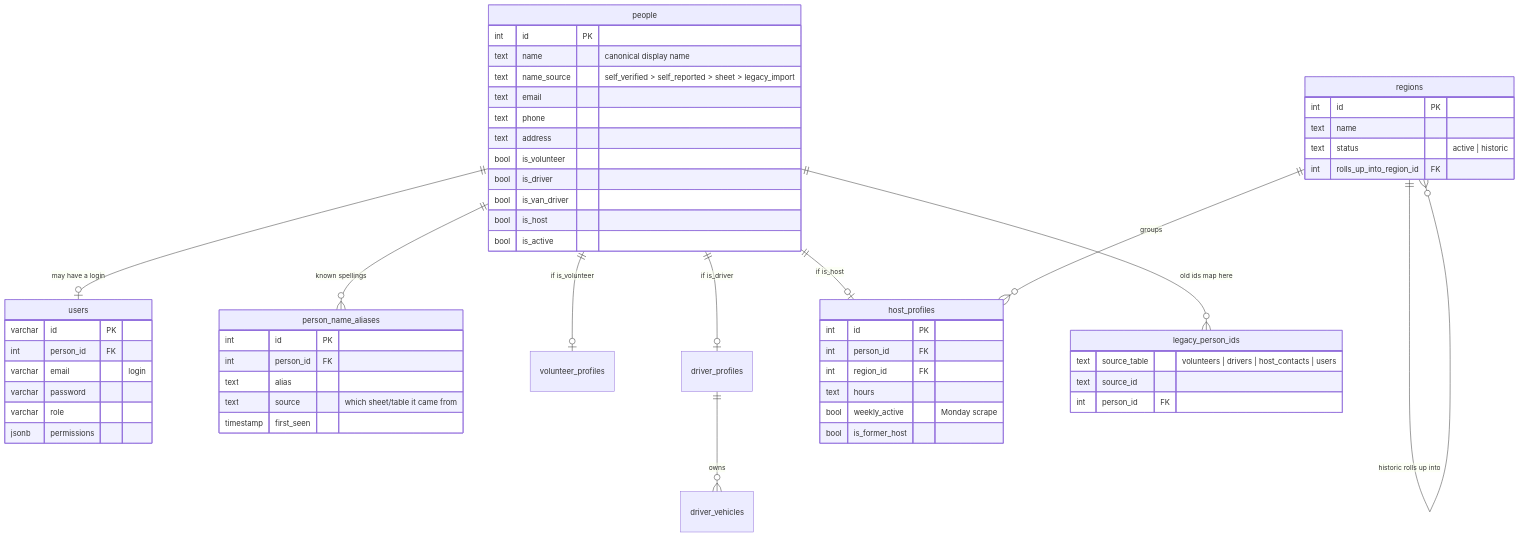
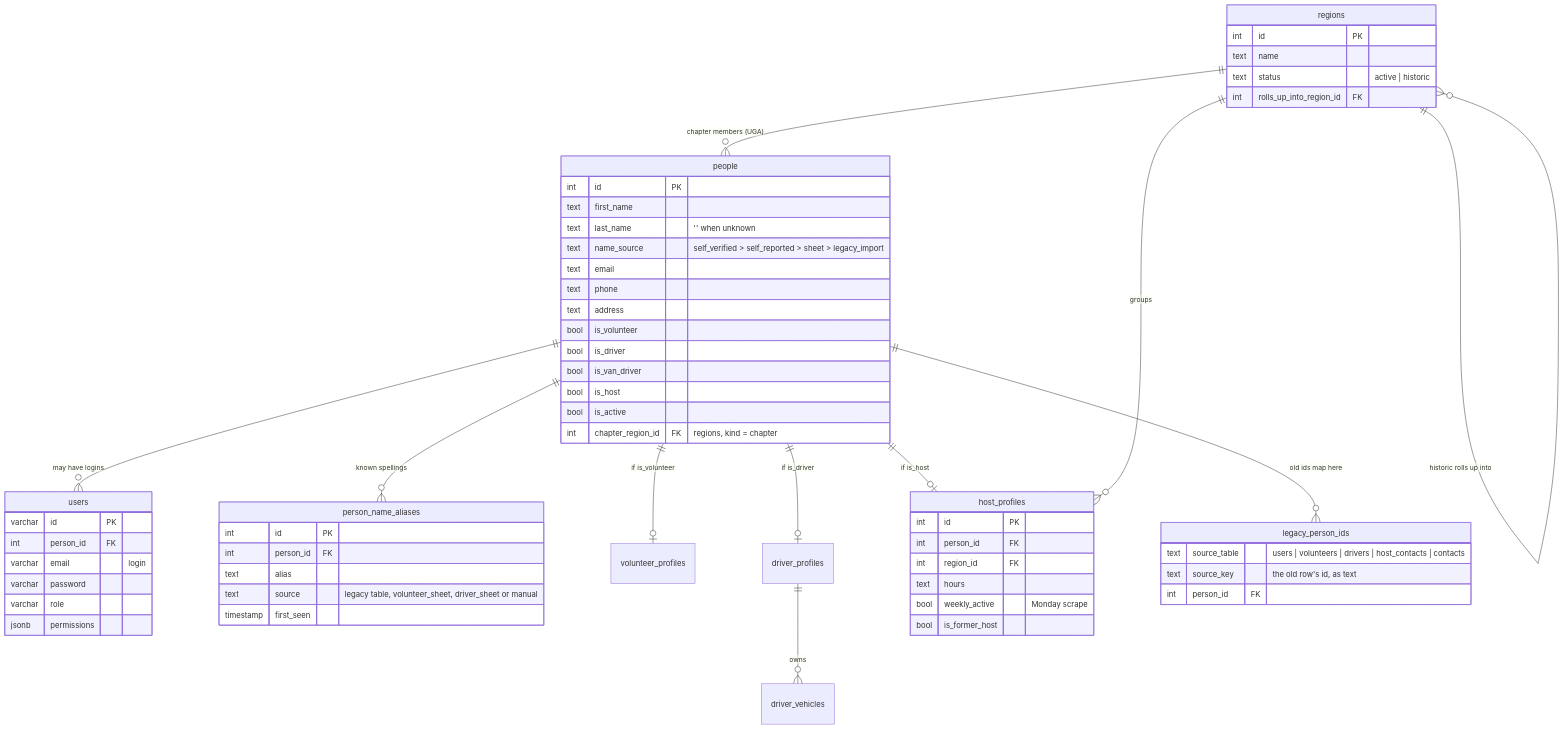
One commit to The-Sandwich-Project/Sandwich-Project-Platform-Final changed the first of 2 diagrams in docs/data-model.md. Above: the diagram before and after it, drawn with Mermaid. The commit also changed other lines of this file and 2 other files, not shown here.

First paragraph of the commit message:
Add people, person_name_aliases, legacy_person_ids (rebuild step 4)
Additive only; nothing reads or writes these yet. The step 5 backfill
script fills them.

````diff
--- a/docs/data-model.md
+++ b/docs/data-model.md
@@ -38,60 +38,63 @@
 ```mermaid
 erDiagram
-    people ||--o| users : "may have a login"
+    people ||--o{ users : "may have logins"
     people ||--o{ person_name_aliases : "known spellings"
     people ||--o| volunteer_profiles : "if is_volunteer"
     people ||--o| driver_profiles : "if is_driver"
     people ||--o| host_profiles : "if is_host"
     driver_profiles ||--o{ driver_vehicles : owns
     regions ||--o{ host_profiles : groups
     regions ||--o{ regions : "historic rolls up into"
     people ||--o{ legacy_person_ids : "old ids map here"
+    regions ||--o{ people : "chapter members (UGA)"
 
     people {
         int id PK
-        text name "canonical display name"
+        text first_name
+        text last_name "'' when unknown"
         text name_source "self_verified > self_reported > sheet > legacy_import"
         text email
         text phone
         text address
         bool is_volunteer
         bool is_driver
         bool is_van_driver
         bool is_host
         bool is_active
+        int chapter_region_id FK "regions, kind = chapter"
     }
     users {
         varchar id PK
         int person_id FK
         varchar email "login"
         varchar password
         varchar role
         jsonb permissions
     }
     person_name_aliases {
         int id PK
         int person_id FK
         text alias
-        text source "which sheet/table it came from"
+        text source "legacy table, volunteer_sheet, driver_sheet or manual"
         timestamp first_seen
     }
     host_profiles {
         int id PK
         int person_id FK
         int region_id FK
         text hours
         bool weekly_active "Monday scrape"
         bool is_former_host
     }
     regions {
         int id PK
         text name
         text status "active | historic"
         int rolls_up_into_region_id FK
     }
     legacy_person_ids {
-        text source_table "volunteers | drivers | host_contacts | users"
-        text source_id
+        text source_table "users | volunteers | drivers | host_contacts | contacts"
+        text source_key "the old row's id, as text"
         int person_id FK
     }
 ```
````
